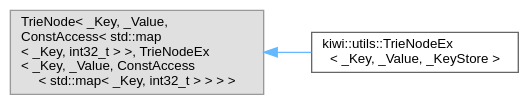
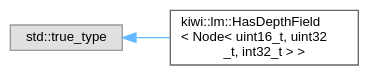
The diagram in inherit_graph_143.dot (bab2min/Kiwi), drawn with Graphviz before and after one commit. The commit also changed 89 other files, not shown here.

```diff
--- a/inherit_graph_143.dot
+++ b/inherit_graph_143.dot
@@ -1,11 +1,11 @@
 digraph "Graphical Class Hierarchy"
 {
  // LATEX_PDF_SIZE
   bgcolor="transparent";
   edge [fontname=Helvetica,fontsize=10,labelfontname=Helvetica,labelfontsize=10];
   node [fontname=Helvetica,fontsize=10,shape=box,height=0.2,width=0.4];
   rankdir="LR";
-  Node0 [id="Node000000",label="TrieNode\< _Key, _Value,\l ConstAccess\< std::map\l\< _Key, int32_t \> \>, TrieNodeEx\l\< _Key, _Value, ConstAccess\l\< std::map\< _Key, int32_t \> \> \> \>",height=0.2,width=0.4,color="grey60", fillcolor="#E0E0E0", style="filled",tooltip=" "];
-  Node0 -> Node1 [id="edge35_Node000000_Node000001",dir="back",color="steelblue1",style="solid",tooltip=" "];
-  Node1 [id="Node000001",label="kiwi::utils::TrieNodeEx\l\< _Key, _Value, _KeyStore \>",height=0.2,width=0.4,color="grey40", fillcolor="white", style="filled",URL="$structkiwi_1_1utils_1_1TrieNodeEx.html",tooltip=" "];
+  Node0 [id="Node000000",label="std::true_type",height=0.2,width=0.4,color="grey60", fillcolor="#E0E0E0", style="filled",tooltip=" "];
+  Node0 -> Node1 [id="edge34_Node000000_Node000001",dir="back",color="steelblue1",style="solid",tooltip=" "];
+  Node1 [id="Node000001",label="kiwi::lm::HasDepthField\l\< Node\< uint16_t, uint32\l_t, int32_t \> \>",height=0.2,width=0.4,color="grey40", fillcolor="white", style="filled",URL="$structkiwi_1_1lm_1_1HasDepthField_3_01Node_3_01uint16__t_00_01uint32__t_00_01int32__t_01_4_01_4.html",tooltip=" "];
 }
```
